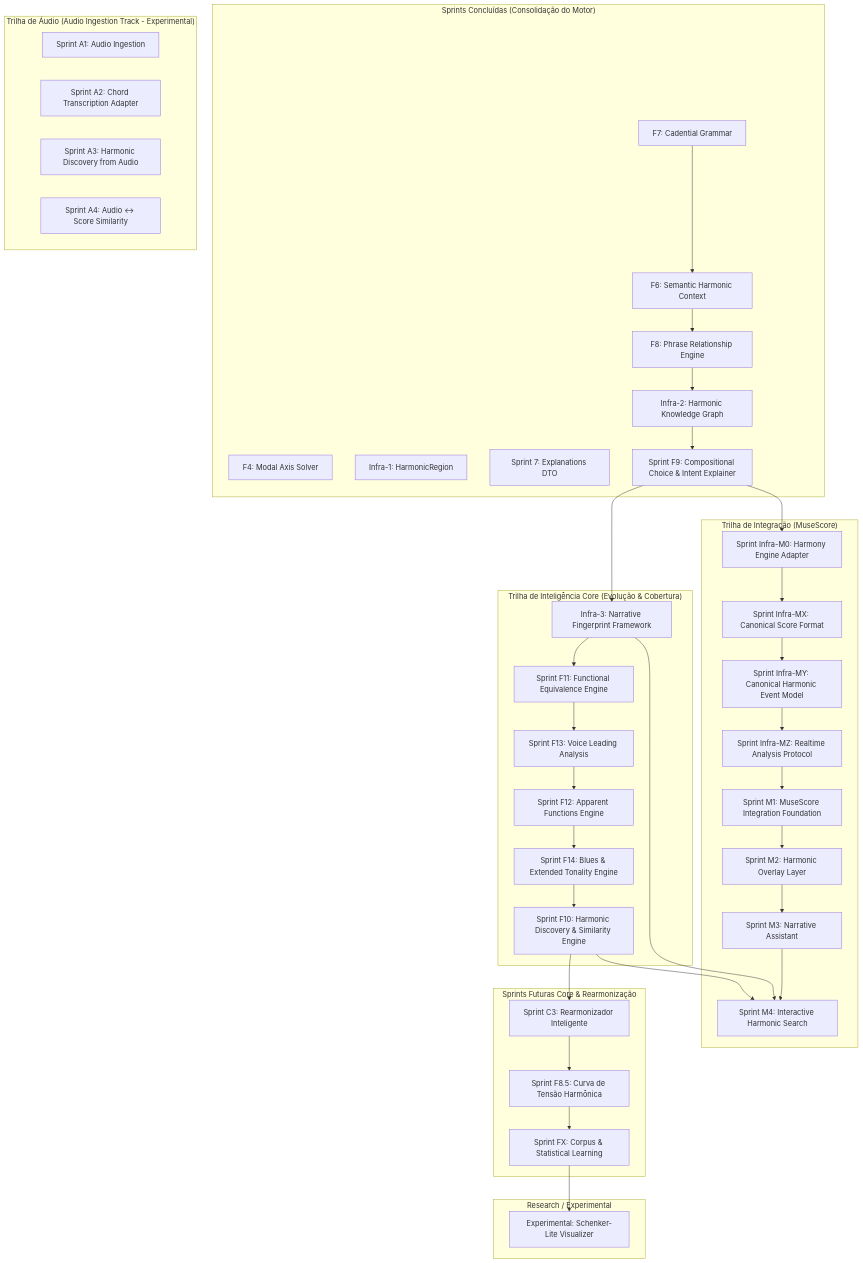
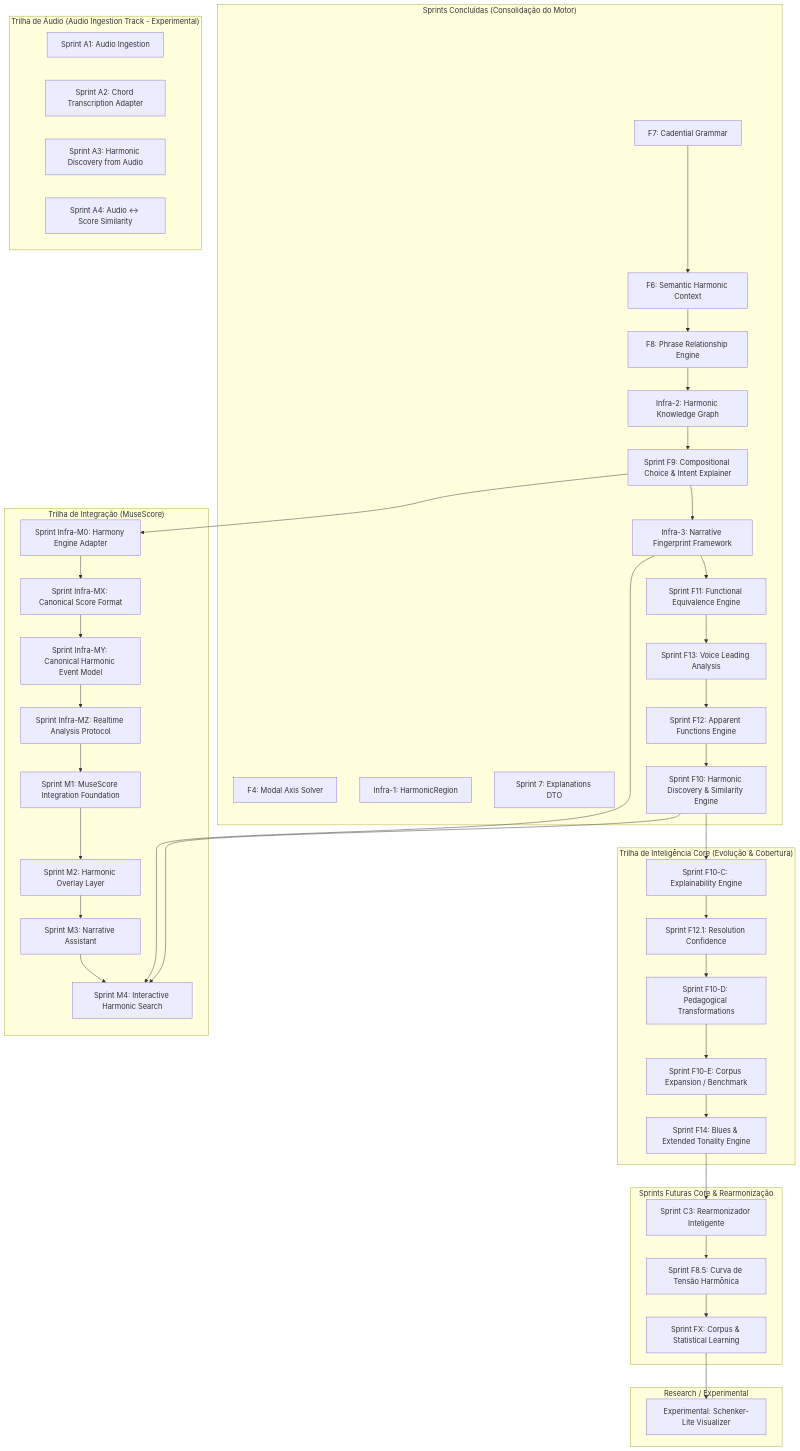
The diagram in sprints/future_sprints.md (gustavoesteves/FindChord), drawn with Mermaid before and after one commit. The commit also changed other lines of this file, not shown here.

Commit message:
docs: update roadmap for F10-C, F12.1, F10-D, F10-E

```diff
--- a/sprints/future_sprints.md
+++ b/sprints/future_sprints.md
@@ -44,15 +44,19 @@
         F8["F8: Phrase Relationship Engine"]
         I2["Infra-2: Harmonic Knowledge Graph"]
         F9["Sprint F9: Compositional Choice & Intent Explainer"]
-    end
-
-    subgraph "Trilha de Inteligência Core (Evolução & Cobertura)"
         I3["Infra-3: Narrative Fingerprint Framework"]
         F11["Sprint F11: Functional Equivalence Engine"]
         F13["Sprint F13: Voice Leading Analysis"]
         F12["Sprint F12: Apparent Functions Engine"]
+        F10["Sprint F10: Harmonic Discovery & Similarity Engine"]
+    end
+
+    subgraph "Trilha de Inteligência Core (Evolução & Cobertura)"
+        F10C["Sprint F10-C: Explainability Engine"]
+        F12_1["Sprint F12.1: Resolution Confidence"]
+        F10D["Sprint F10-D: Pedagogical Transformations"]
+        F10E["Sprint F10-E: Corpus Expansion / Benchmark"]
         F14["Sprint F14: Blues & Extended Tonality Engine"]
-        F10["Sprint F10: Harmonic Discovery & Similarity Engine"]
     end
 
     subgraph "Trilha de Integração (MuseScore)"
@@ -92,10 +96,14 @@
     I3 --> F11
     F11 --> F13
     F13 --> F12
-    F12 --> F14
-    F14 --> F10
-    F10 --> C3
+    F12 --> F10
+    F10 --> F10C
+    F10C --> F12_1
+    F12_1 --> F10D
+    F10D --> F10E
+    F10E --> F14
     
+    F14 --> C3
     C3 --> F8T
     F8T --> FX
     FX --> C1
```
